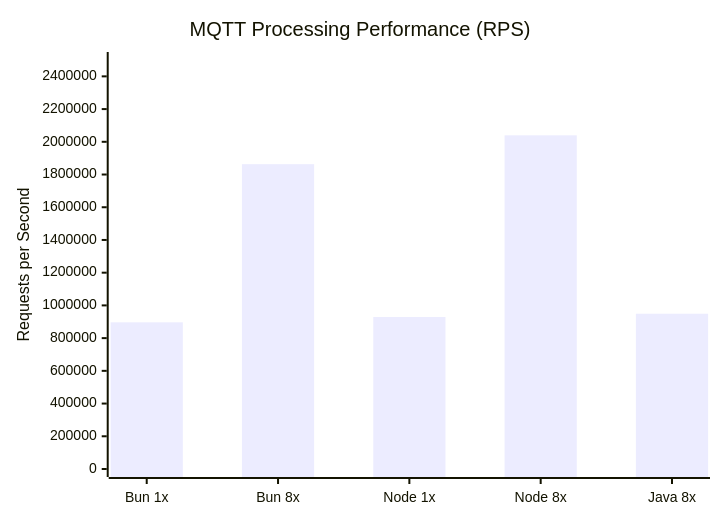
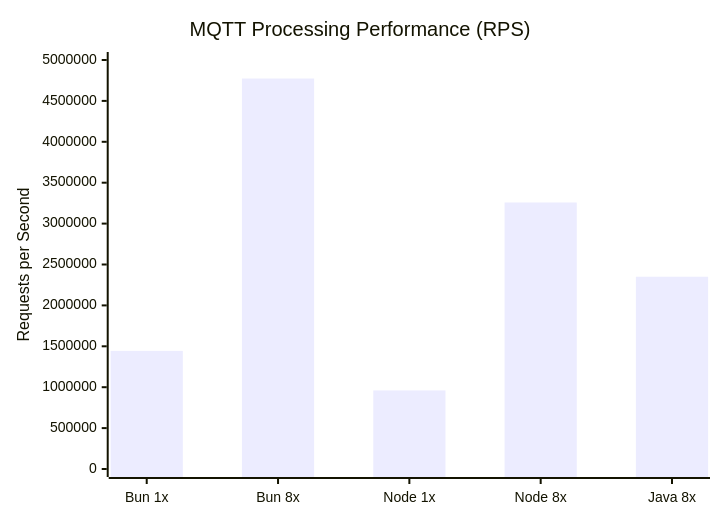
Before and after one commit to Frtrillo/benchmark-nodejs-java-process-mqtt-payloads: the second of 5 diagrams in readme.md, drawn with Mermaid. The commit also changed other lines of this file, not shown here.

````diff
--- a/readme.md
+++ b/readme.md
@@ -170,7 +170,7 @@
 ```mermaid
 xychart-beta
     title "MQTT Processing Performance (RPS)"
     x-axis ["Bun 1x", "Bun 8x", "Node 1x", "Node 8x", "Java 8x"]
-    y-axis "Requests per Second" 0 --> 2500000
-    bar [896640, 1863177, 929304, 2039463, 949111]
+    y-axis "Requests per Second" 0 --> 5000000
+    bar [1443819, 4773226, 960637, 3257972, 2350428]
 ```
````
